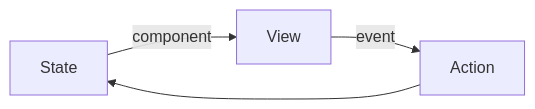
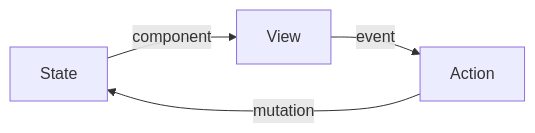
One commit to alfertev2014/holyjs-2026-autumn changed the third of 3 diagrams in slides.md. Above: the diagram before and after it, drawn with Mermaid. The commit also changed other lines of this file and 2 other files, not shown here.

````diff
--- a/slides.md
+++ b/slides.md
@@ -261,6 +262,6 @@
 ```mermaid
 flowchart LR
   State -- component --> View
   View -- event --> Action
-  Action --> State
+  Action -- mutation --> State
 ```
````
